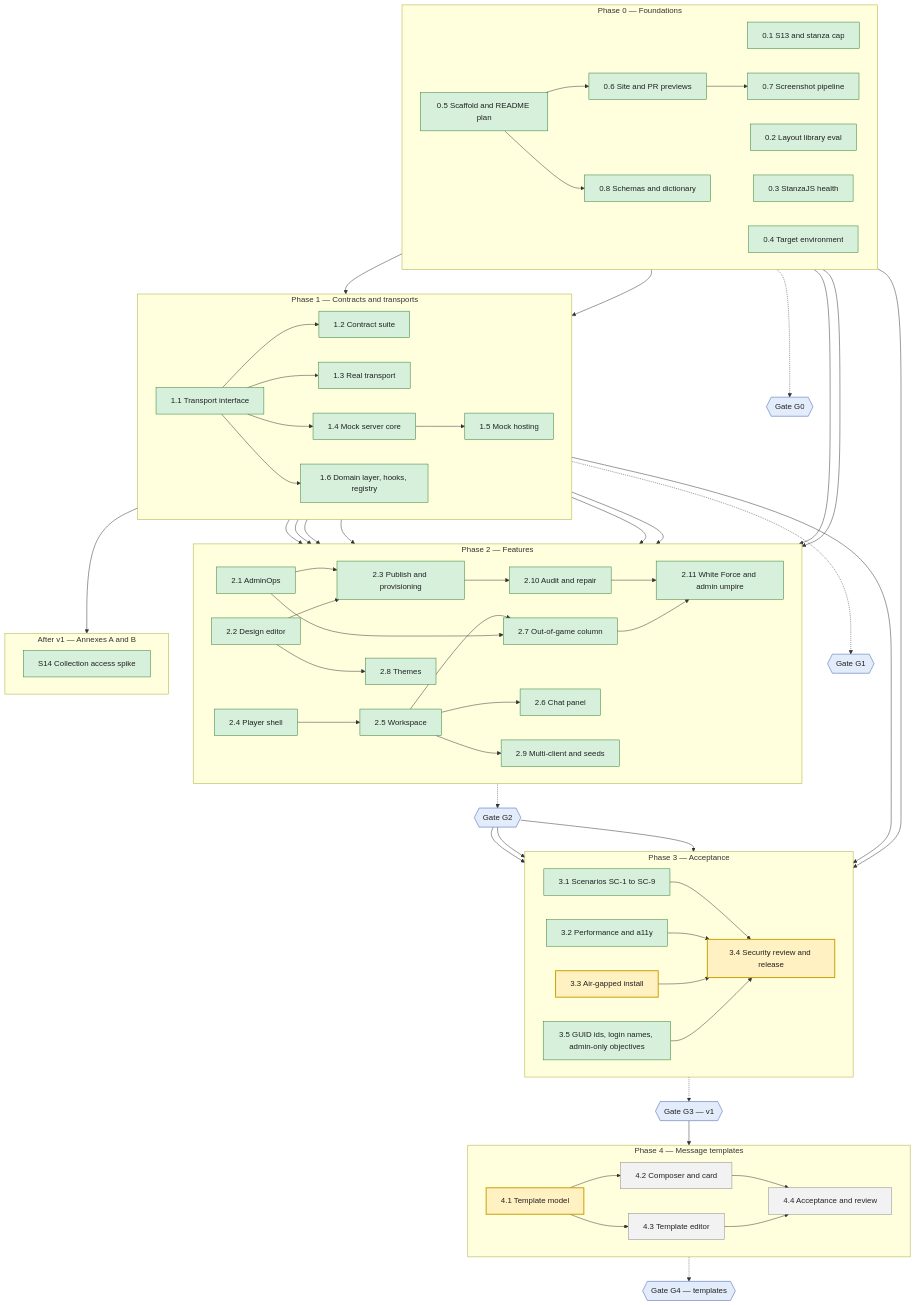
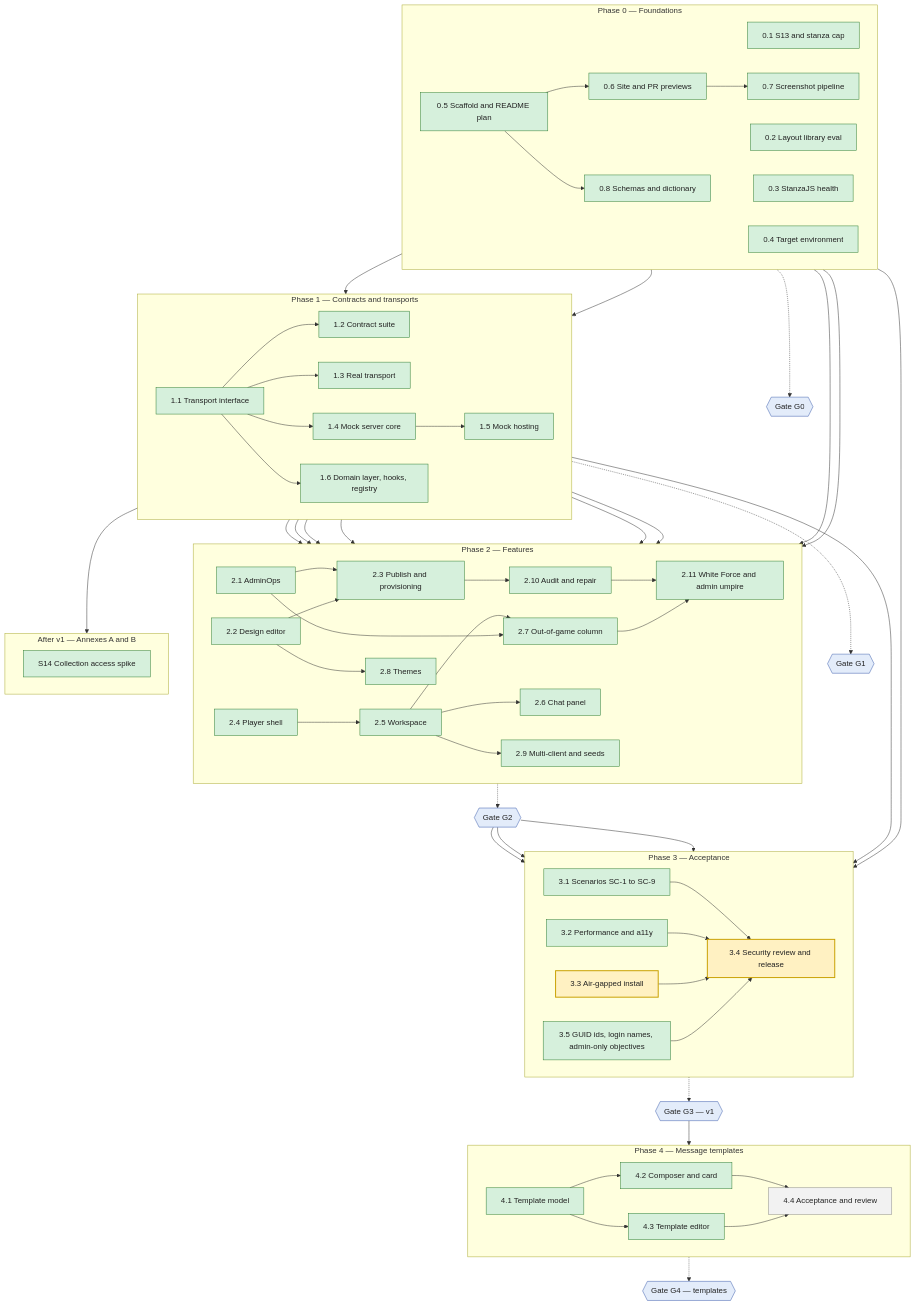
The diagram in README.md (serge-web/war-rooms-x2), drawn with Mermaid before and after one commit.

Commit message:
README: WPs 4.1 to 4.3 done in the chart
Claude-Session: https://claude.ai/code/session_01TY1E6c57xxT5mxvjEfpJhn

````diff
--- a/README.md
+++ b/README.md
@@ -99,8 +99,8 @@
     classDef active fill:#fff1c2,stroke:#c9a000,color:#222,stroke-width:2px
     classDef done fill:#d6f0dc,stroke:#2e7d32,color:#222
     classDef gate fill:#e3ecfa,stroke:#3b5bab,color:#222
-    class wp42,wp43,wp44 todo
-    class wp33,wp34,wp41 active
-    class wp01,wp02,wp03,wp04,wp05,wp06,wp07,wp08,wp11,wp12,wp13,wp14,wp15,wp16,wp21,wp22,wp23,wp24,wp25,wp26,wp27,wp28,wp29,wp210,wp211,wp31,wp32,wp35,wps14 done
+    class wp44 todo
+    class wp33,wp34 active
+    class wp01,wp02,wp03,wp04,wp05,wp06,wp07,wp08,wp11,wp12,wp13,wp14,wp15,wp16,wp21,wp22,wp23,wp24,wp25,wp26,wp27,wp28,wp29,wp210,wp211,wp31,wp32,wp35,wps14,wp41,wp42,wp43 done
     class G0,G1,G2,G3,G4 gate
 ```
````
